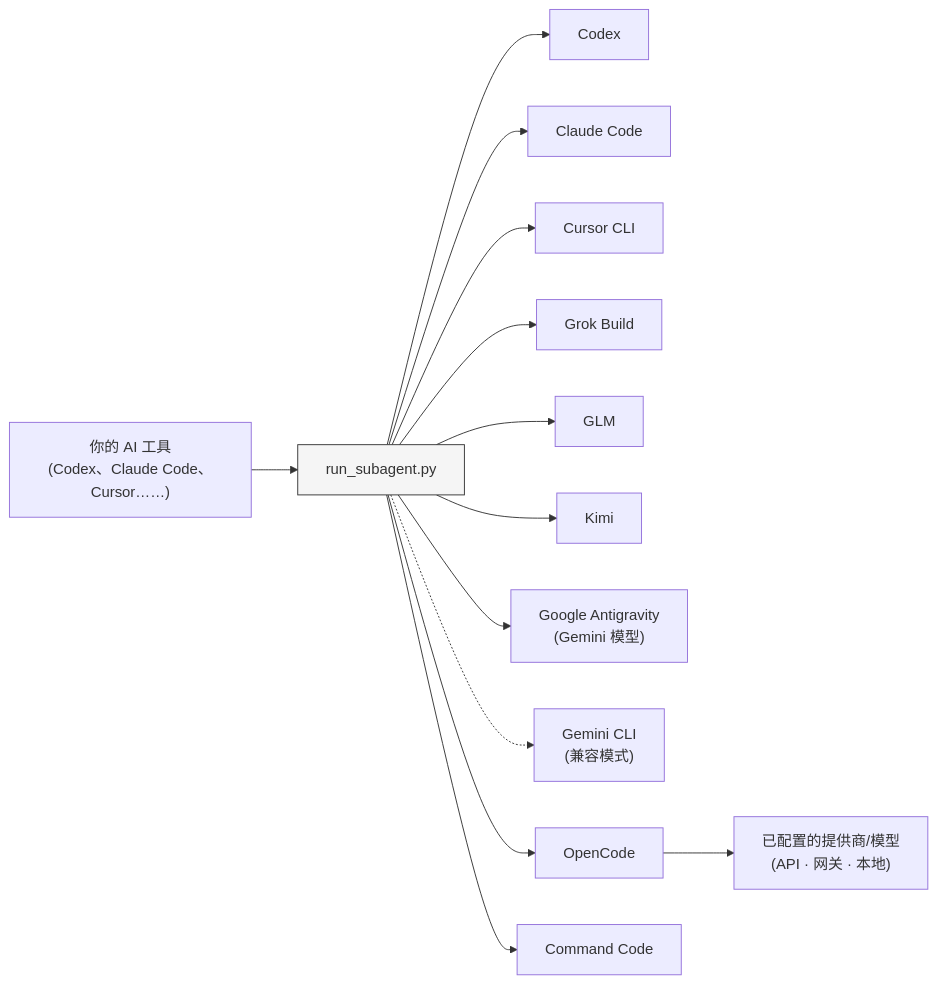
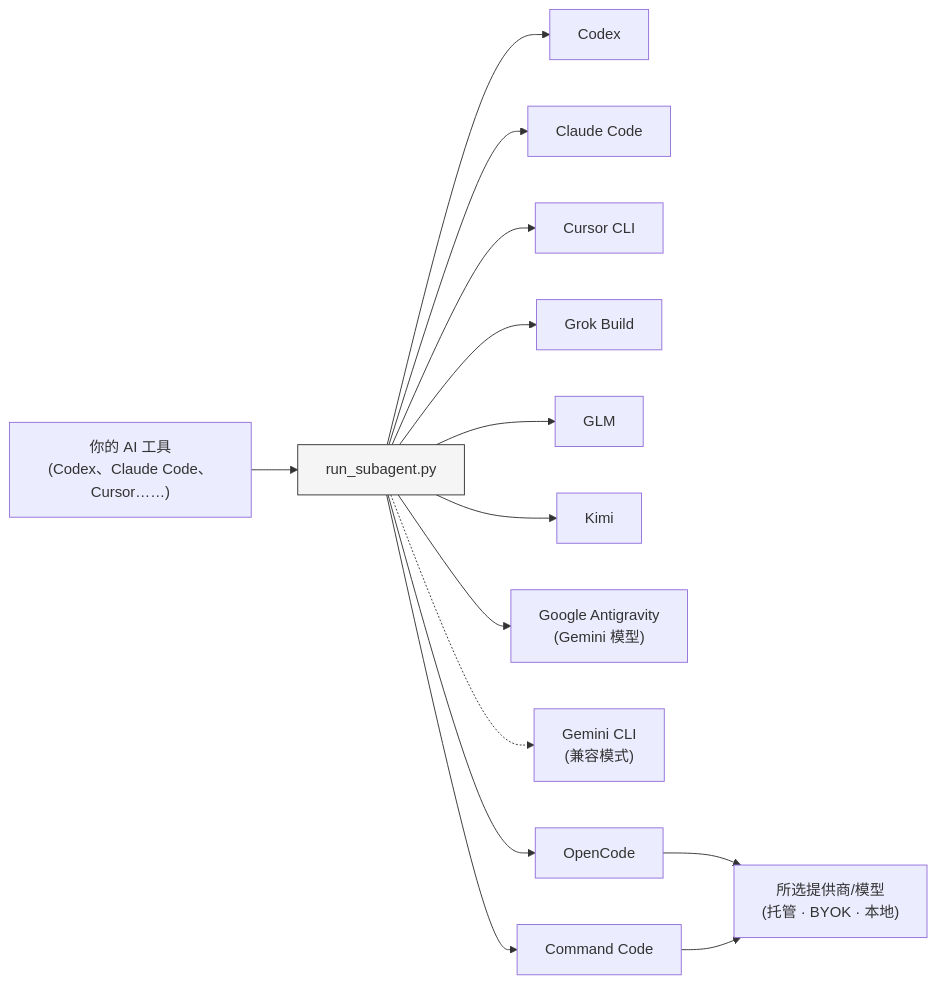
The diagram in README.zh-CN.md (shinpr/sub-agents-skills), drawn with Mermaid before and after one commit. The commit also changed 1 other file, not shown here.

Commit message:
docs: align provider routing diagram

````diff
--- a/README.zh-CN.md
+++ b/README.zh-CN.md
@@ -418,16 +418,17 @@
 ```mermaid
 graph LR
     A["你的 AI 工具<br/>(Codex、Claude Code、Cursor……)"] --> B["run_subagent.py"]
     B --> C["Codex"]
     B --> D["Claude Code"]
     B --> E["Cursor CLI"]
     B --> H["Grok Build"]
     B --> G["GLM"]
     B --> K["Kimi"]
     B --> F["Google Antigravity<br/>(Gemini 模型)"]
     B -.-> GM["Gemini CLI<br/>(兼容模式)"]
     B --> I["OpenCode"]
-    I --> J["已配置的提供商/模型<br/>(API · 网关 · 本地)"]
     B --> CC["Command Code"]
+    I --> J["所选提供商/模型<br/>(托管 · BYOK · 本地)"]
+    CC --> J
     style B fill:#f5f5f5,stroke:#333
 ```
````
